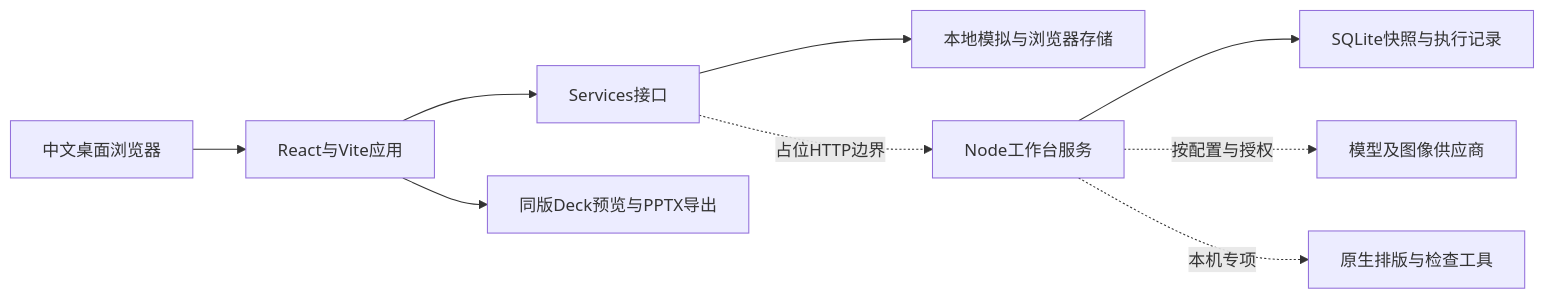
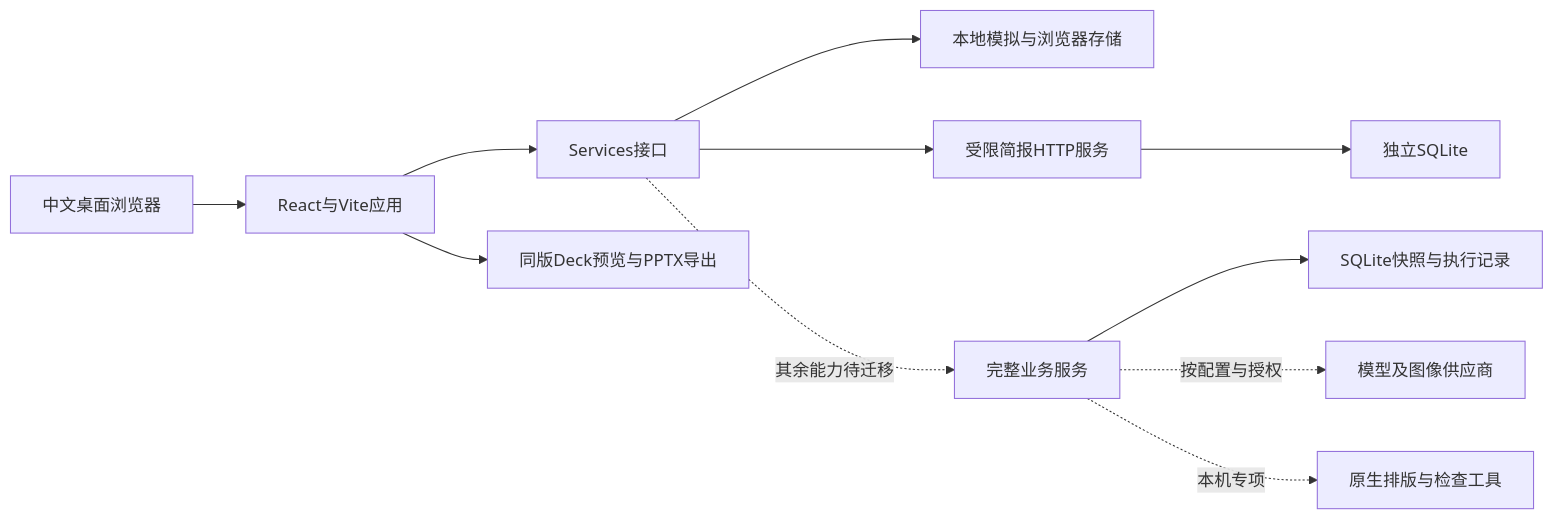
The diagram in docs/architecture/runtime.md (marctubud-pixel/pitch-agent), drawn with Mermaid before and after one commit. The commit also changed other lines of this file and 54 other files, not shown here.

Commit message:
feat: connect local Brief HTTP flow with durable recovery

````diff
--- a/docs/architecture/runtime.md
+++ b/docs/architecture/runtime.md
@@ -5,11 +5,13 @@
 ```mermaid
 flowchart LR
   U[中文桌面浏览器] --> F[React与Vite应用]
   F --> S[Services接口]
   S --> M[本地模拟与浏览器存储]
-  S -.占位HTTP边界.-> H[Node工作台服务]
+  S --> L[受限简报HTTP服务]
+  L --> Q[独立SQLite]
+  S -.其余能力待迁移.-> H[完整业务服务]
   F --> D[同版Deck预览与PPTX导出]
   H --> B[SQLite快照与执行记录]
   H -.按配置与授权.-> P[模型及图像供应商]
   H -.本机专项.-> N[原生排版与检查工具]
 ```
````
